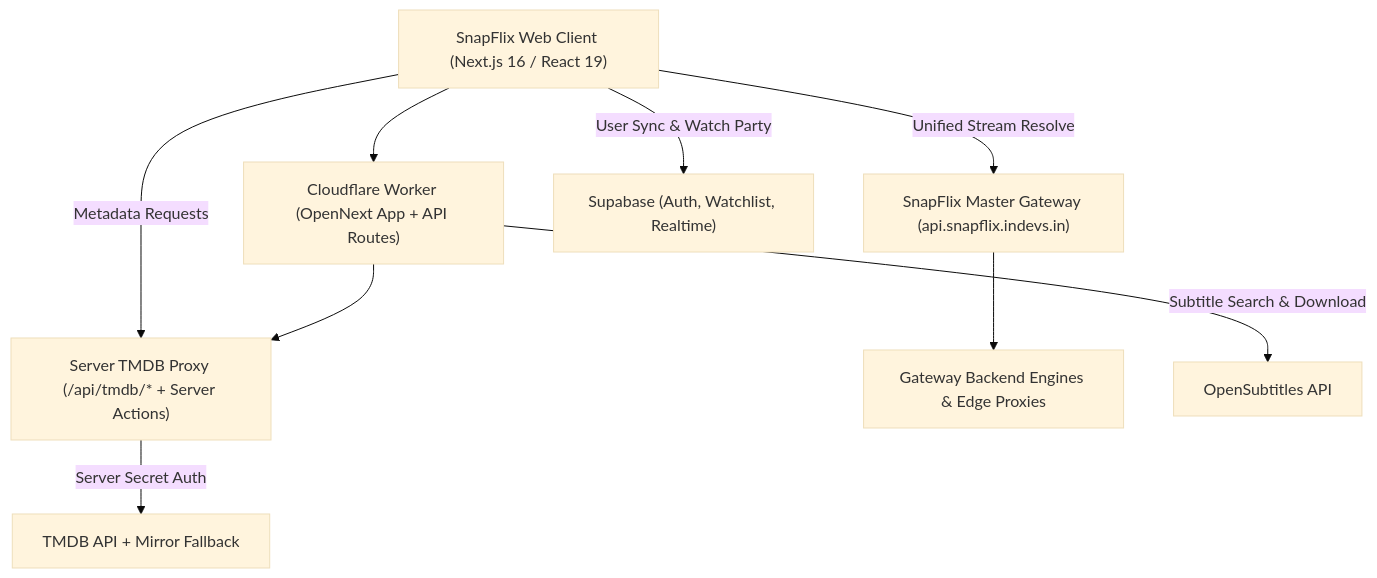
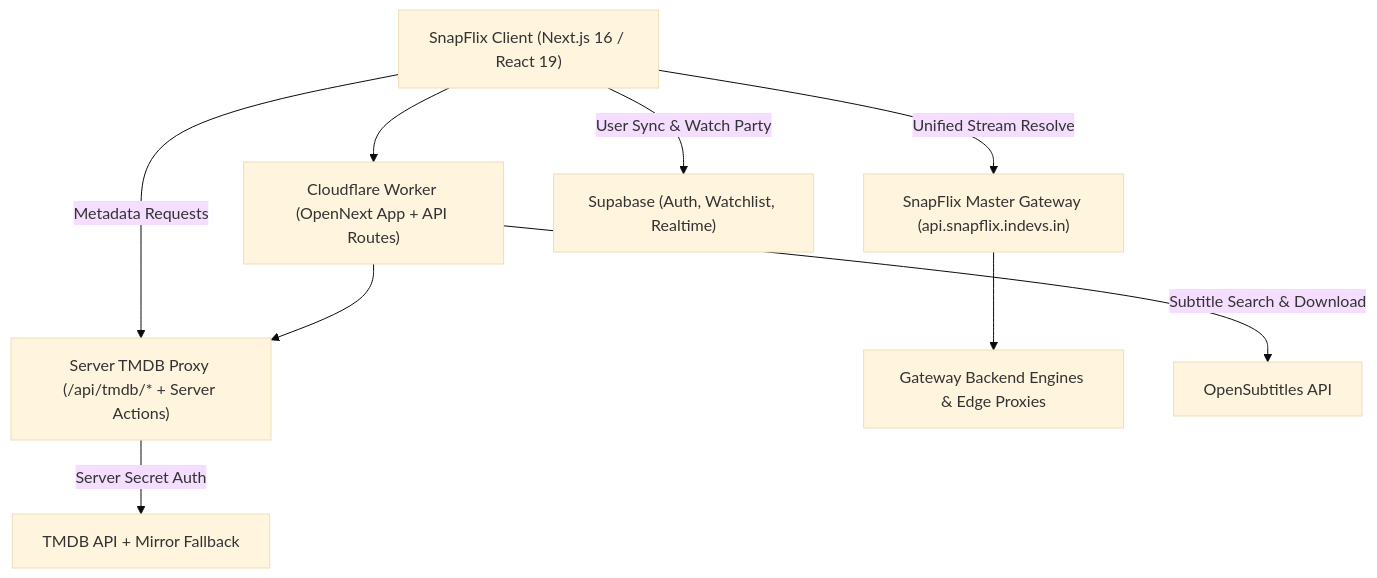
Before and after one commit to SnapFlix-App/SnapFlix: the diagram in README.md, drawn with Mermaid (base theme). The commit also changed other lines of this file, not shown here.

Commit message:
Rename SnapFlix Web to SnapFlix in README

````diff
--- a/README.md
+++ b/README.md
@@ -62,20 +62,20 @@
 ```mermaid
 flowchart TD
-    Browser["SnapFlix Web Client (Next.js 16 / React 19)"]
+    Browser["SnapFlix Client (Next.js 16 / React 19)"]
     Worker["Cloudflare Worker (OpenNext App + API Routes)"]
     TMDBProxy["Server TMDB Proxy (/api/tmdb/* + Server Actions)"]
     Gateway["SnapFlix Master Gateway (api.snapflix.indevs.in)"]
     Engines["Gateway Backend Engines & Edge Proxies"]
     TMDB["TMDB API + Mirror Fallback"]
     Supabase["Supabase (Auth, Watchlist, Realtime)"]
     OpenSubs["OpenSubtitles API"]
 
     Browser --> Worker
     Browser -->|Metadata Requests| TMDBProxy
     Browser -->|Unified Stream Resolve| Gateway
     Worker --> TMDBProxy
     TMDBProxy -->|Server Secret Auth| TMDB
     Gateway --> Engines
     Browser -->|User Sync & Watch Party| Supabase
     Worker -->|Subtitle Search & Download| OpenSubs
 ```
````
